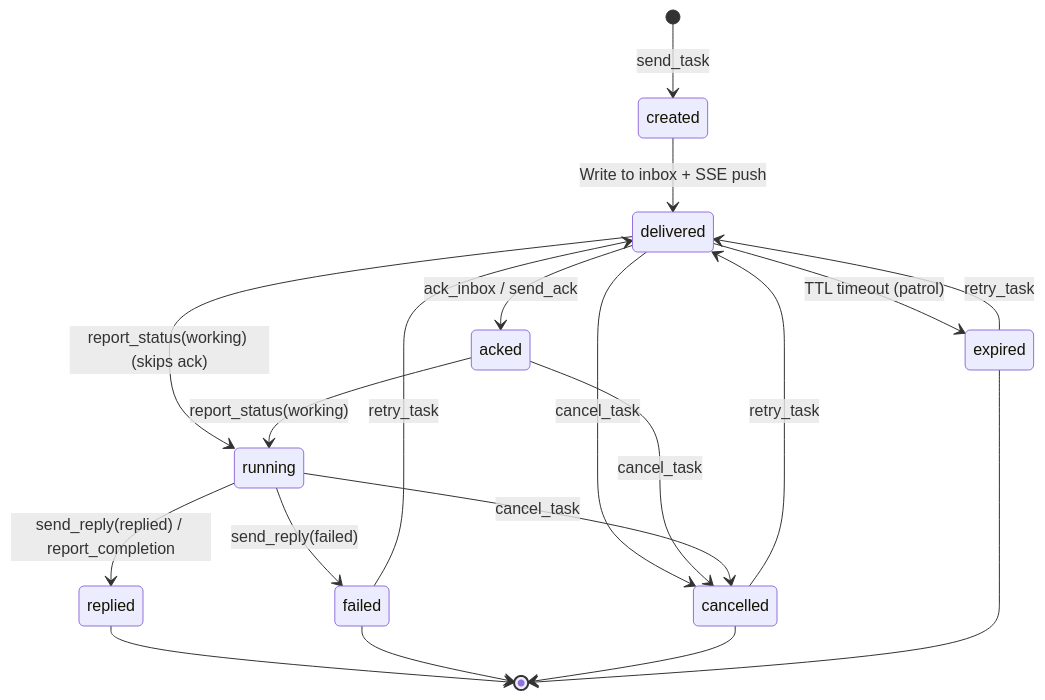
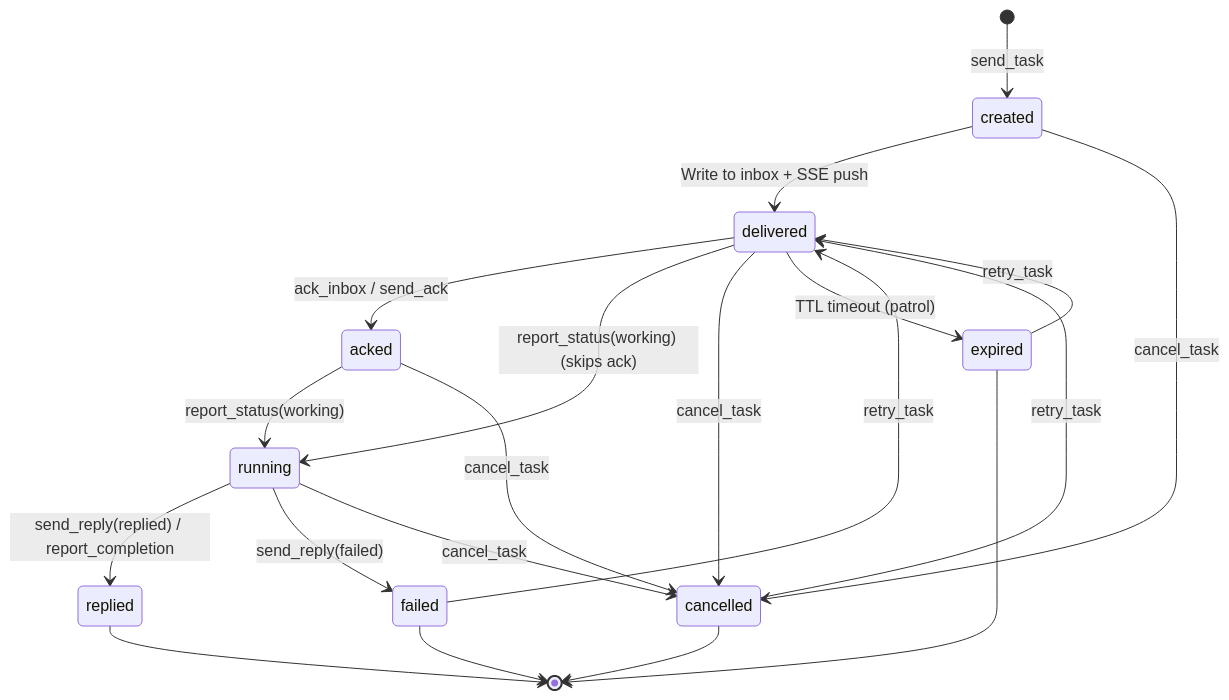
Before and after one commit to sleep2agi/agent-network: the first of 5 diagrams in docs-site/docs/en/concepts/task-lifecycle.md, drawn with Mermaid. The commit also changed 1 other file, not shown here.

Commit message:
docs(round-504 / issue-10): task-lifecycle.md 状态机补 created→cancelled 转移 — tools.ts cancel_task SQL 是 status IN ('created','delivered','acked','running') 4 个 cancellable 状态，状态机图只画了 delivered/acked/running 3 个漏了 created（dashboard.md R230 chain 本来就说 4 个）（ZH+EN）

````diff
--- a/docs-site/docs/en/concepts/task-lifecycle.md
+++ b/docs-site/docs/en/concepts/task-lifecycle.md
@@ -7,27 +7,28 @@
 ```mermaid
 stateDiagram-v2
     [*] --> created: send_task
 
     created --> delivered: Write to inbox + SSE push
+    created --> cancelled: cancel_task
 
     delivered --> acked: ack_inbox / send_ack
     delivered --> running: report_status(working) (skips ack)
     delivered --> cancelled: cancel_task
     delivered --> expired: TTL timeout (patrol)
 
     acked --> running: report_status(working)
     acked --> cancelled: cancel_task
 
     running --> replied: send_reply(replied) / report_completion
     running --> failed: send_reply(failed)
     running --> cancelled: cancel_task
 
     replied --> [*]
     failed --> delivered: retry_task
     cancelled --> delivered: retry_task
     expired --> delivered: retry_task
 
     failed --> [*]
     cancelled --> [*]
     expired --> [*]
 ```
````
